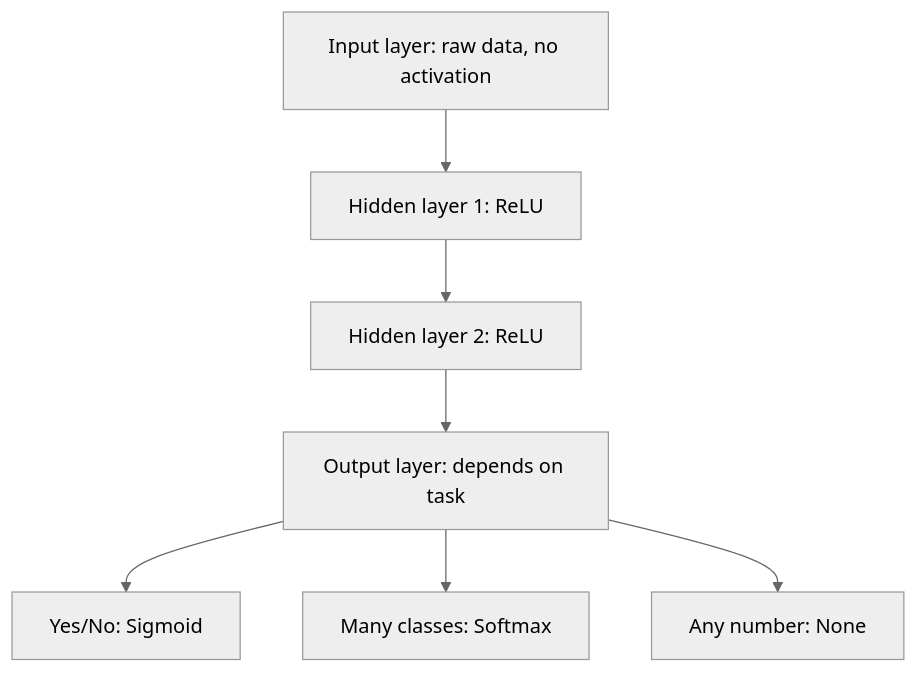
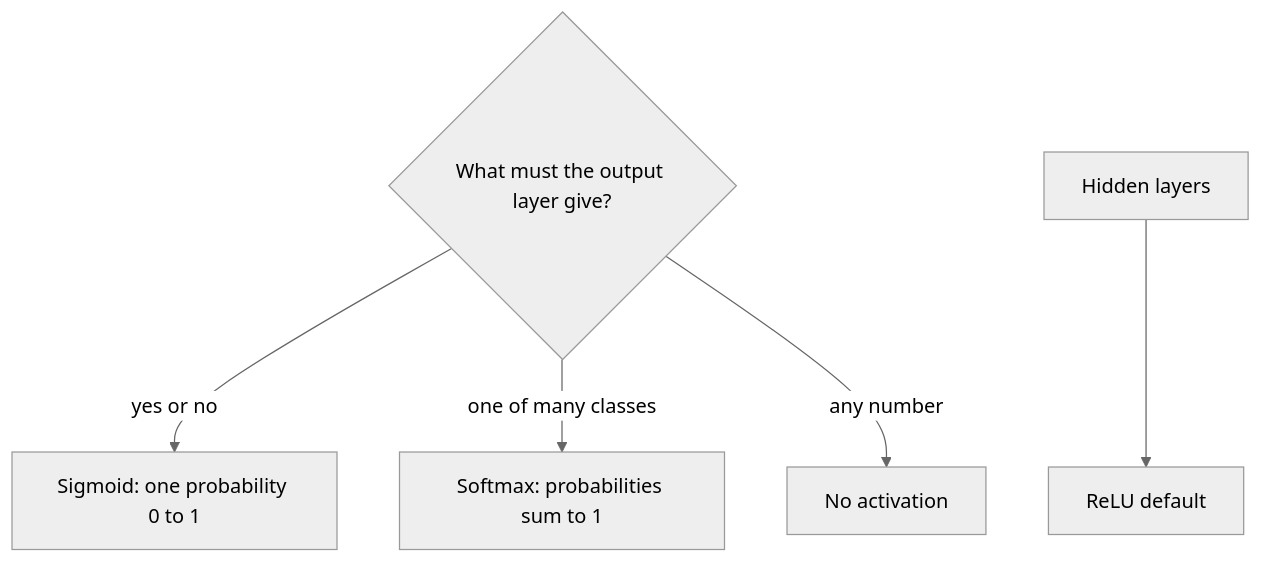
The first of 2 diagrams in notes/step-02-deep-learning-and-neural-networks/025-activation-functions.md (kaisarnajar/outcome-school-blogs), drawn with Mermaid (neutral theme) before and after one commit. The commit also changed other lines of this file and 233 other files, not shown here.

````diff
--- a/notes/step-02-deep-learning-and-neural-networks/025-activation-functions.md
+++ b/notes/step-02-deep-learning-and-neural-networks/025-activation-functions.md
@@ -47,9 +77,8 @@
 ```mermaid
 flowchart TD
-    I["Input layer: raw data, no activation"] --> H1["Hidden layer 1: ReLU"]
-    H1 --> H2["Hidden layer 2: ReLU"]
-    H2 --> O["Output layer: depends on task"]
-    O --> S["Yes/No: Sigmoid"]
-    O --> M["Many classes: Softmax"]
-    O --> R["Any number: None"]
+    Q{"What must the output layer give?"}
+    Q -->|"yes or no"| S1["Sigmoid: one probability 0 to 1"]
+    Q -->|"one of many classes"| S2["Softmax: probabilities sum to 1"]
+    Q -->|"any number"| S3["No activation"]
+    H["Hidden layers"] --> R["ReLU default"]
 ```
````
